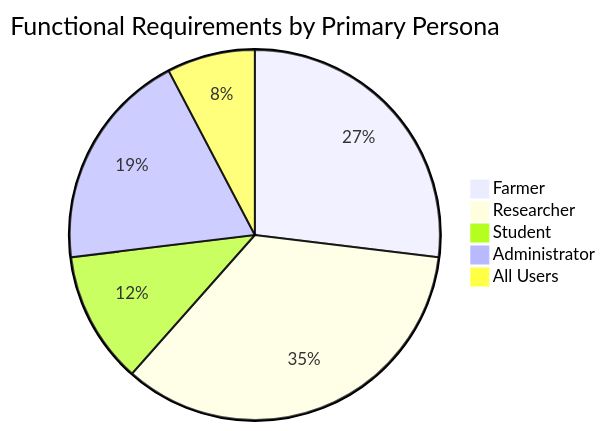
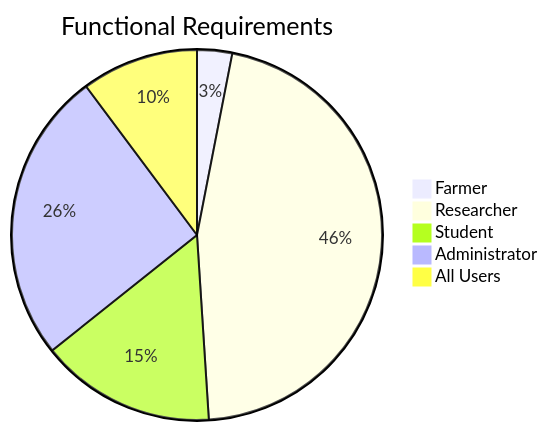
Before and after one commit to naratech-eng/researcher-platform: the fifth of 5 diagrams in docs/prd/user-personas.md, drawn with Mermaid. The commit also changed other lines of this file and 4 other files, not shown here.

````diff
--- a/docs/prd/user-personas.md
+++ b/docs/prd/user-personas.md
@@ -113,8 +133,8 @@
 ```mermaid
-pie title Functional Requirements by Primary Persona
-    "Farmer" : 35
+pie title Functional Requirements 
+    "Farmer" : 3
     "Researcher" : 45
     "Student" : 15
     "Administrator" : 25
     "All Users" : 10
 ```
````
